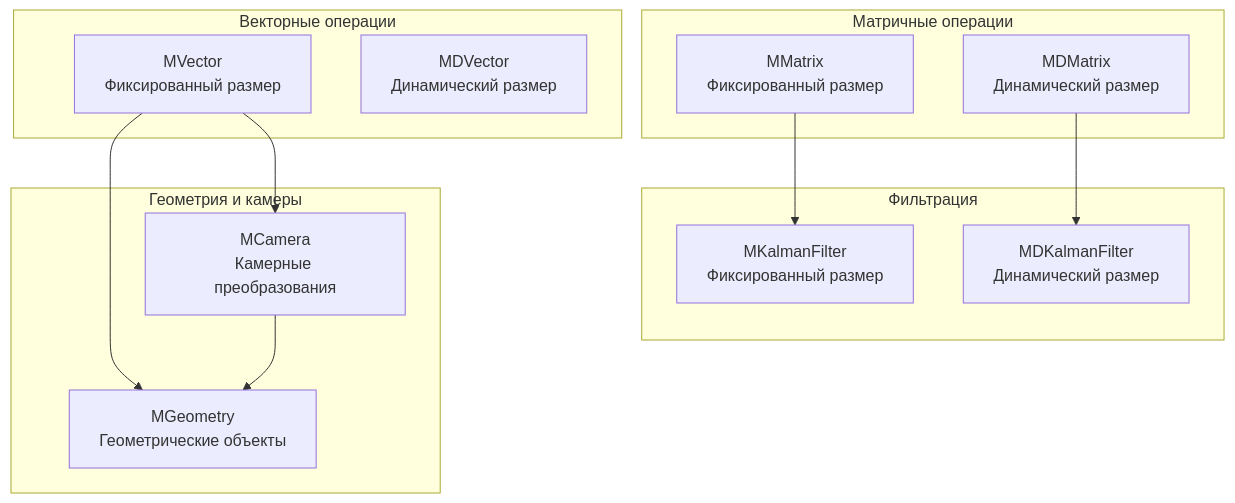
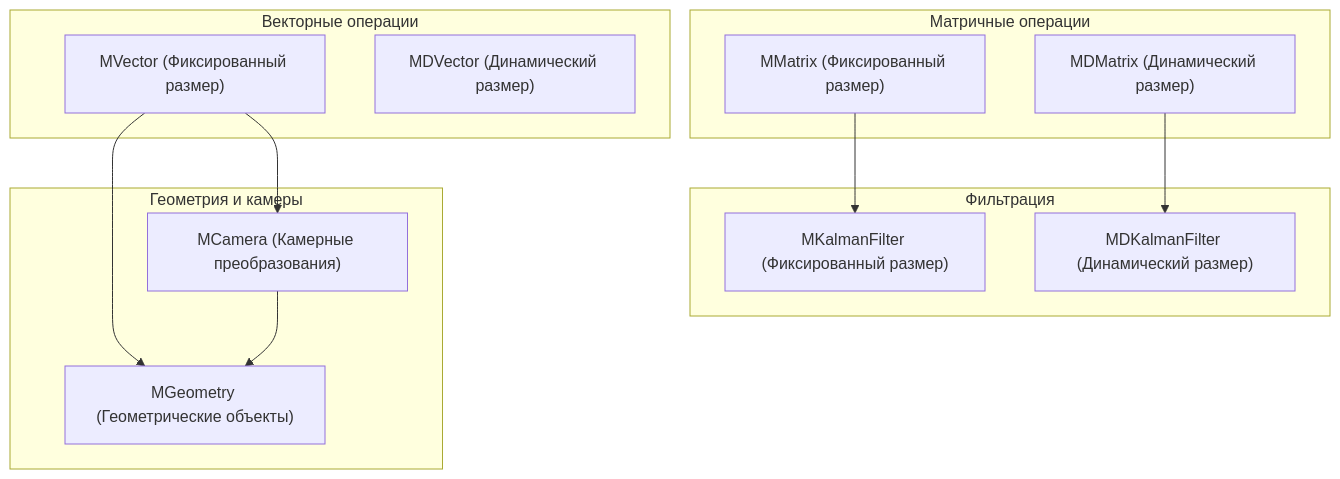
Before and after one commit to aicommunity/Rdk: the fourth of 4 diagrams in Docs/Math-Libraries-Reference.md, drawn with Mermaid. The commit also changed other lines of this file and 19 other files, not shown here.

````diff
--- a/Docs/Math-Libraries-Reference.md
+++ b/Docs/Math-Libraries-Reference.md
@@ -518,28 +573,28 @@
 ```mermaid
 flowchart TB
     subgraph "Матричные операции"
-        MMatrix[MMatrix<br/>Фиксированный размер]
-        MDMatrix[MDMatrix<br/>Динамический размер]
+        MMatrix["MMatrix (Фиксированный размер)"]
+        MDMatrix["MDMatrix (Динамический размер)"]
     end
     
     subgraph "Векторные операции"
-        MVector[MVector<br/>Фиксированный размер]
-        MDVector[MDVector<br/>Динамический размер]
+        MVector["MVector (Фиксированный размер)"]
+        MDVector["MDVector (Динамический размер)"]
     end
     
     subgraph "Фильтрация"
-        MKalman[MKalmanFilter<br/>Фиксированный размер]
-        MDKalman[MDKalmanFilter<br/>Динамический размер]
+        MKalman["MKalmanFilter (Фиксированный размер)"]
+        MDKalman["MDKalmanFilter (Динамический размер)"]
     end
     
     subgraph "Геометрия и камеры"
-        MCamera[MCamera<br/>Камерные преобразования]
-        MGeometry[MGeometry<br/>Геометрические объекты]
+        MCamera["MCamera (Камерные преобразования)"]
+        MGeometry["MGeometry (Геометрические объекты)"]
     end
     
     MMatrix --> MKalman
     MDMatrix --> MDKalman
     MVector --> MCamera
     MVector --> MGeometry
     MCamera --> MGeometry
 ```
````
